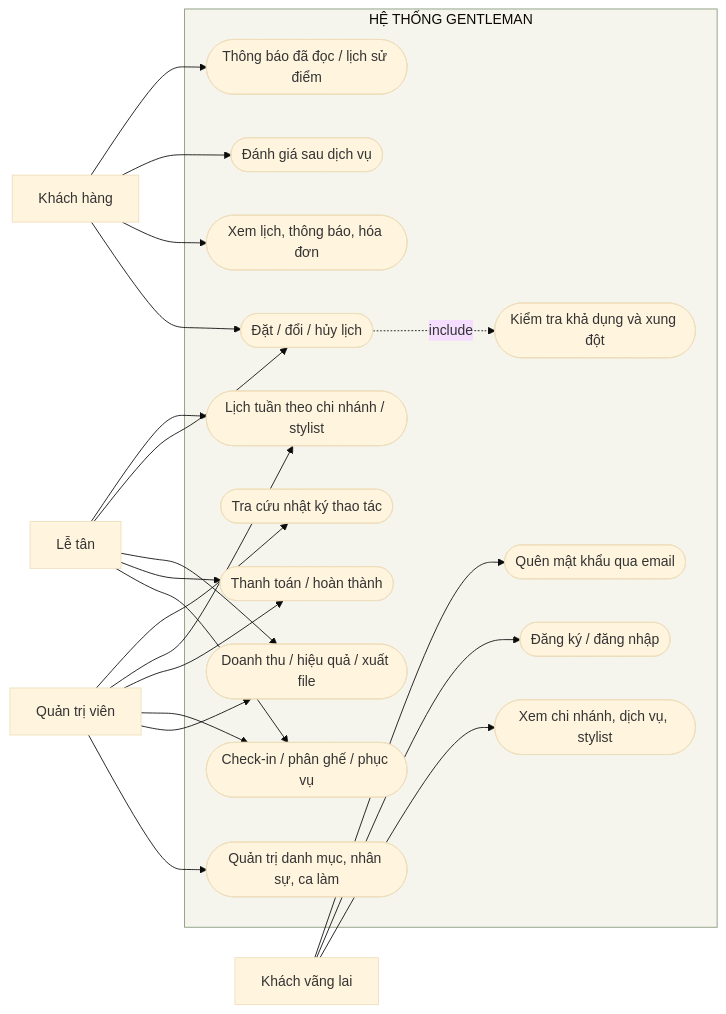
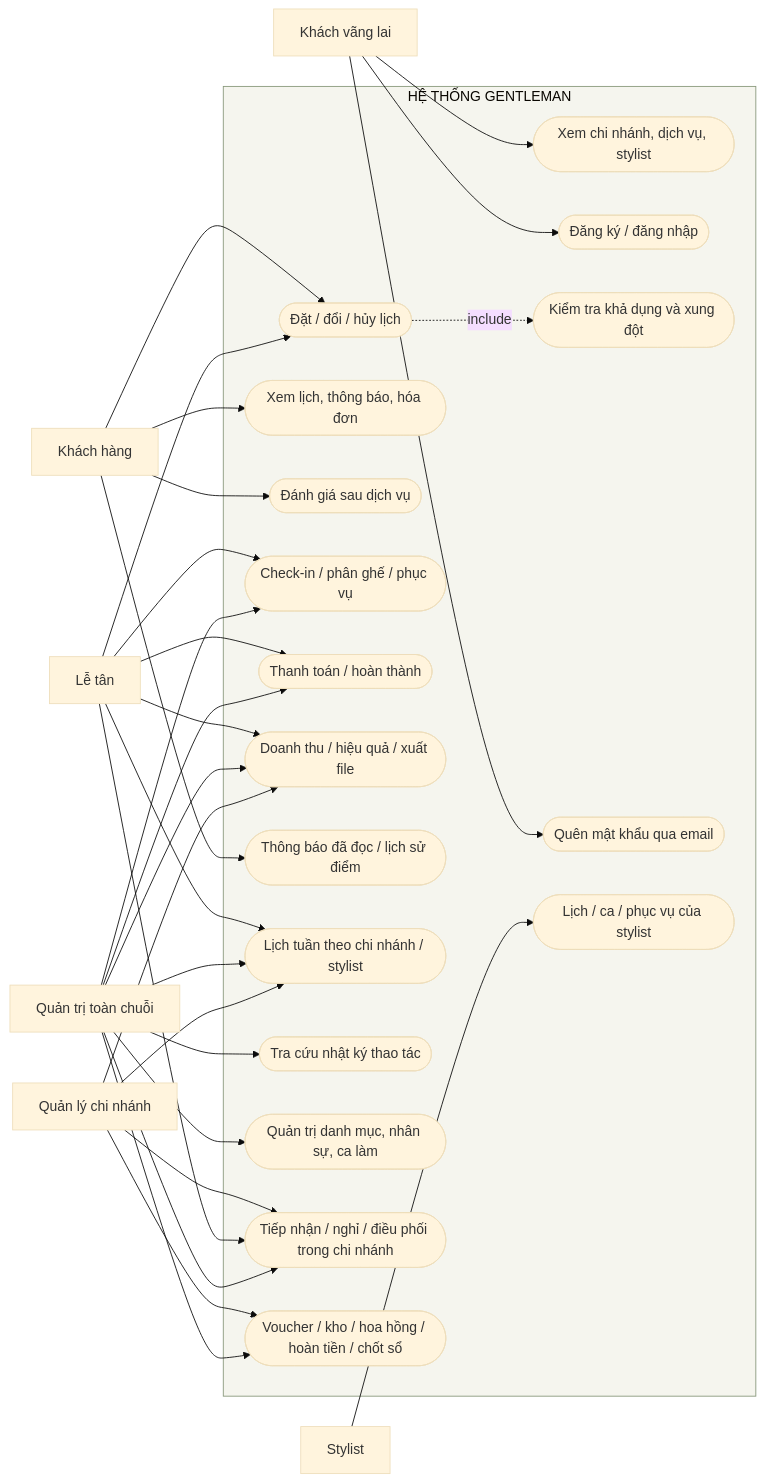
Before and after one commit to tunato2807-del/ptpmhdtuong: the diagram in docs/diagrams/01-use-case.mmd, drawn with Mermaid (base theme). The commit also changed 72 other files, not shown here.

```diff
--- a/docs/diagrams/01-use-case.mmd
+++ b/docs/diagrams/01-use-case.mmd
@@ -1,27 +1,37 @@
 flowchart LR
     guest["Khách vãng lai"]
     customer["Khách hàng"]
     reception["Lễ tân"]
-    manager["Quản trị viên"]
+    manager["Quản trị toàn chuỗi"]
+    boss["Quản lý chi nhánh"]
+    stylist["Stylist"]
     subgraph system["HỆ THỐNG GENTLEMAN"]
       browse(["Xem chi nhánh, dịch vụ, stylist"])
       account(["Đăng ký / đăng nhập"])
       booking(["Đặt / đổi / hủy lịch"])
       available(["Kiểm tra khả dụng và xung đột"])
       history(["Xem lịch, thông báo, hóa đơn"])
       review(["Đánh giá sau dịch vụ"])
       checkin(["Check-in / phân ghế / phục vụ"])
       payment(["Thanh toán / hoàn thành"])
       reports(["Doanh thu / hiệu quả / xuất file"])
       recovery(["Quên mật khẩu qua email"])
       notification(["Thông báo đã đọc / lịch sử điểm"])
       weekly(["Lịch tuần theo chi nhánh / stylist"])
       audit(["Tra cứu nhật ký thao tác"])
       catalog(["Quản trị danh mục, nhân sự, ca làm"])
+      branchops(["Tiếp nhận / nghỉ / điều phối trong chi nhánh"])
+      finance(["Voucher / kho / hoa hồng / hoàn tiền / chốt sổ"])
+      ownwork(["Lịch / ca / phục vụ của stylist"])
     end
     guest --> browse & account & recovery
     customer --> booking & history & review & notification
     booking -.->|"include"| available
     reception --> checkin & payment & reports & booking & weekly
     manager --> catalog & reports & checkin & payment & weekly & audit
     style system fill:#f5f5ee,stroke:#87977a
+
+    boss --> branchops & finance & reports & weekly
+    reception --> branchops
+    stylist --> ownwork
+    manager --> branchops & finance
```
